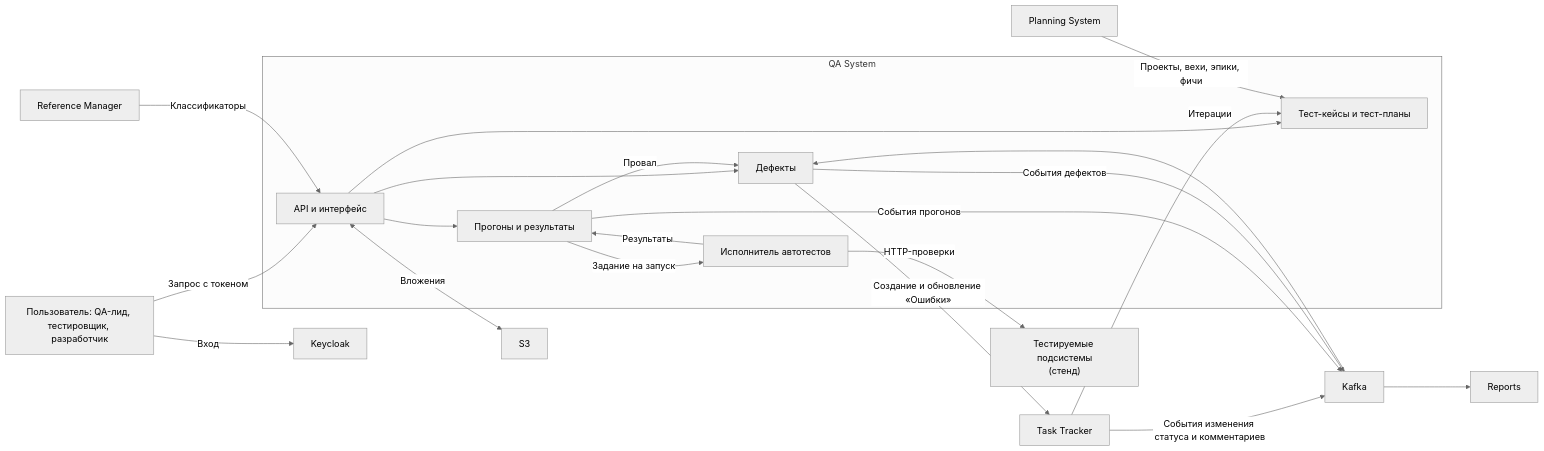
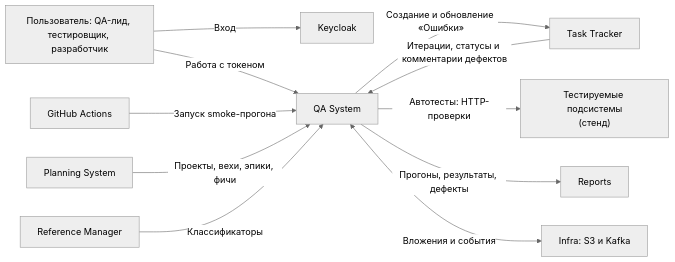
One commit to MEPhI-C22-501/arch-info-system-monorepo changed the first of 6 diagrams in qa/docs/vision.md. Above: the diagram before and after it, drawn with Mermaid (neutral theme). The commit also changed other lines of this file, not shown here.

Commit message:
docs(qa): refine vision diagrams and auto-defect details

````diff
--- a/qa/docs/vision.md
+++ b/qa/docs/vision.md
@@ -26,40 +28,24 @@
 ```mermaid
 flowchart LR
     U["Пользователь: QA-лид, тестировщик, разработчик"]
+    CI["GitHub Actions"]
     K["Keycloak"]
+    QA["QA System"]
     TT["Task Tracker"]
     PS["Planning System"]
     RM["Reference Manager"]
     REP["Reports"]
-    KF["Kafka"]
-    S3["S3"]
+    INF["Infra: S3 и Kafka"]
     SUT["Тестируемые подсистемы<br/>(стенд)"]
 
-    subgraph QA["QA System"]
-        API["API и интерфейс"]
-        TM["Тест-кейсы и тест-планы"]
-        RUN["Прогоны и результаты"]
-        DEF["Дефекты"]
-        EXE["Исполнитель автотестов"]
-    end
-
     U -->|"Вход"| K
-    U -->|"Запрос с токеном"| API
-    API --> TM
-    API --> RUN
-    API --> DEF
-    RUN -->|"Задание на запуск"| EXE
-    EXE -->|"HTTP-проверки"| SUT
-    EXE -->|"Результаты"| RUN
-    RUN -->|"Провал"| DEF
-    DEF -->|"Создание и обновление «Ошибки»"| TT
-    TT -->|"События изменения статуса и комментариев"| KF
-    KF --> DEF
-    TT -->|"Итерации"| TM
-    PS -->|"Проекты, вехи, эпики, фичи"| TM
-    RM -->|"Классификаторы"| API
-    RUN -->|"События прогонов"| KF
-    DEF -->|"События дефектов"| KF
-    KF --> REP
-    API <-->|"Вложения"| S3
+    U -->|"Работа с токеном"| QA
+    CI -->|"Запуск smoke-прогона"| QA
+    TT -->|"Итерации, статусы и комментарии дефектов"| QA
+    QA -->|"Создание и обновление «Ошибки»"| TT
+    PS -->|"Проекты, вехи, эпики, фичи"| QA
+    RM -->|"Классификаторы"| QA
+    QA -->|"Автотесты: HTTP-проверки"| SUT
+    QA -->|"Прогоны, результаты, дефекты"| REP
+    QA <-->|"Вложения и события"| INF
 ```
````
